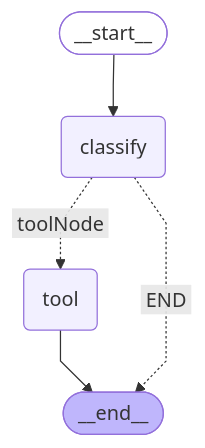
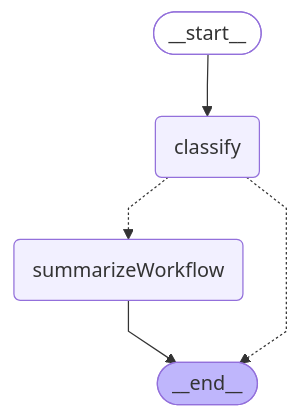
The second of 5 diagrams in frontend/internal-packages/agent/README.md (yzkee/liam), drawn with Mermaid before and after one commit. The commit also changed other lines of this file and 4 other files, not shown here.

First line of the commit message:
refactor: Integrate Lead Agent workflow management into main graph

````diff
--- a/frontend/internal-packages/agent/README.md
+++ b/frontend/internal-packages/agent/README.md
@@ -80,15 +78,15 @@
 ```mermaid
 %%{init: {'flowchart': {'curve': 'linear'}}}%%
 graph TD;
 	__start__([<p>__start__</p>]):::first
 	classify(classify)
-	tool(tool)
+	summarizeWorkflow(summarizeWorkflow)
 	__end__([<p>__end__</p>]):::last
 	__start__ --> classify;
-	tool --> __end__;
-	classify -. &nbsp;toolNode&nbsp; .-> tool;
-	classify -. &nbsp;END&nbsp; .-> __end__;
+	summarizeWorkflow --> __end__;
+	classify -.-> summarizeWorkflow;
+	classify -.-> __end__;
 	classDef default fill:#f2f0ff,line-height:1.2;
 	classDef first fill-opacity:0;
 	classDef last fill:#bfb6fc;
 ```
````
